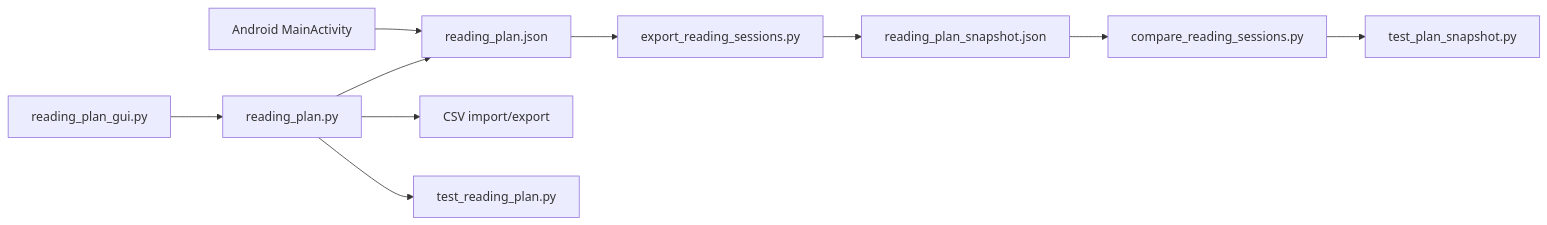
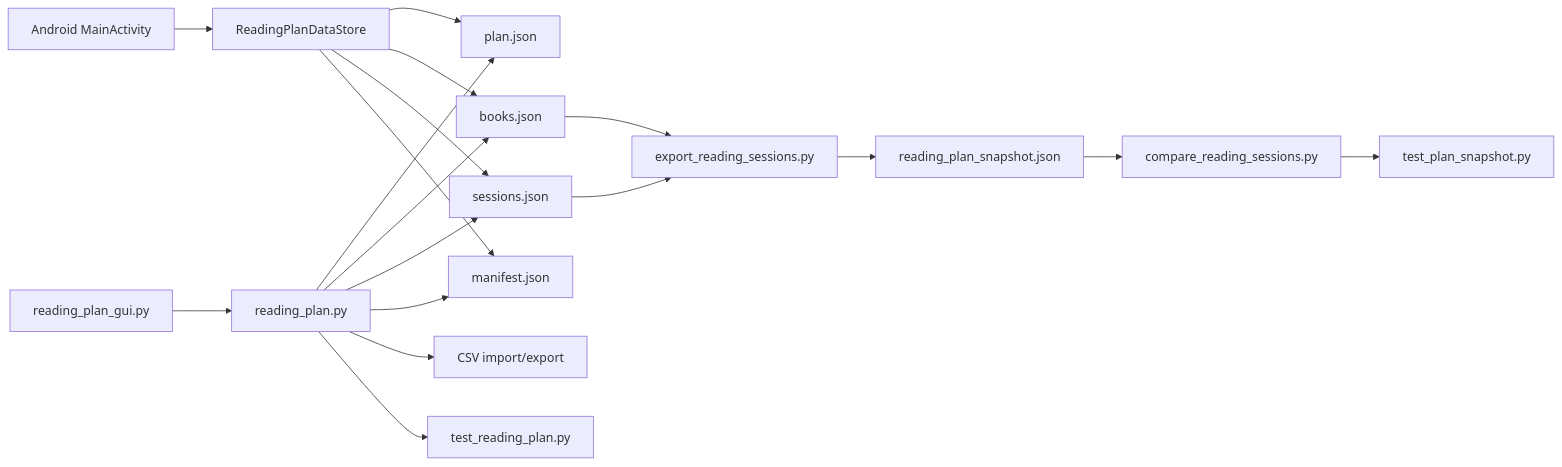
The diagram in openwiki/architecture/overview.md (peterle95/books-to-read), drawn with Mermaid before and after one commit. The commit also changed other lines of this file and 11 other files, not shown here.

````diff
--- a/openwiki/architecture/overview.md
+++ b/openwiki/architecture/overview.md
@@ -12,12 +12,20 @@
 ```mermaid
 flowchart LR
   GUI[reading_plan_gui.py] --> CORE[reading_plan.py]
-  CORE --> JSON[reading_plan.json]
+  CORE --> PLAN[plan.json]
+  CORE --> BOOKS[books.json]
+  CORE --> SESS[sessions.json]
+  CORE --> MAN[manifest.json]
+  AND[Android MainActivity] --> STORE[ReadingPlanDataStore]
+  STORE --> PLAN
+  STORE --> BOOKS
+  STORE --> SESS
+  STORE --> MAN
   CORE --> CSV[CSV import/export]
-  AND[Android MainActivity] --> JSON
-  JSON --> EXP[export_reading_sessions.py]
+  BOOKS --> EXP[export_reading_sessions.py]
+  SESS --> EXP
   EXP --> SNAP[reading_plan_snapshot.json]
   SNAP --> DIFF[compare_reading_sessions.py]
   CORE --> TEST[test_reading_plan.py]
   DIFF --> ST[test_plan_snapshot.py]
 ```
````
